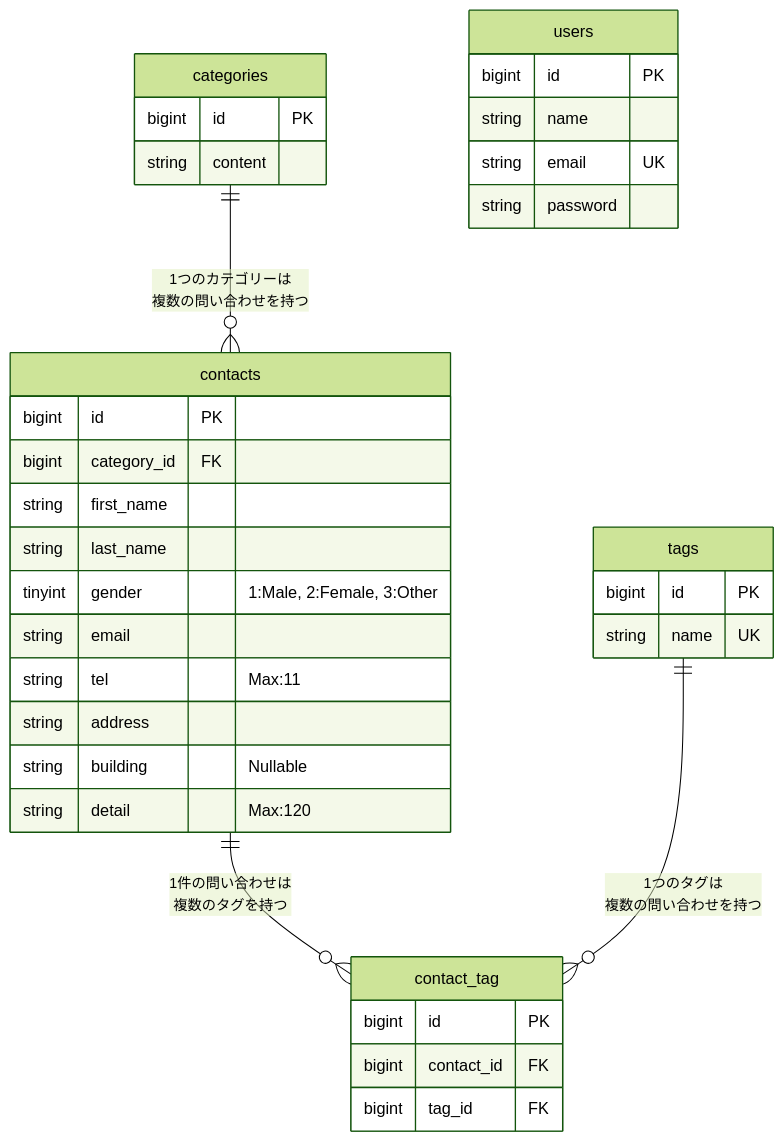
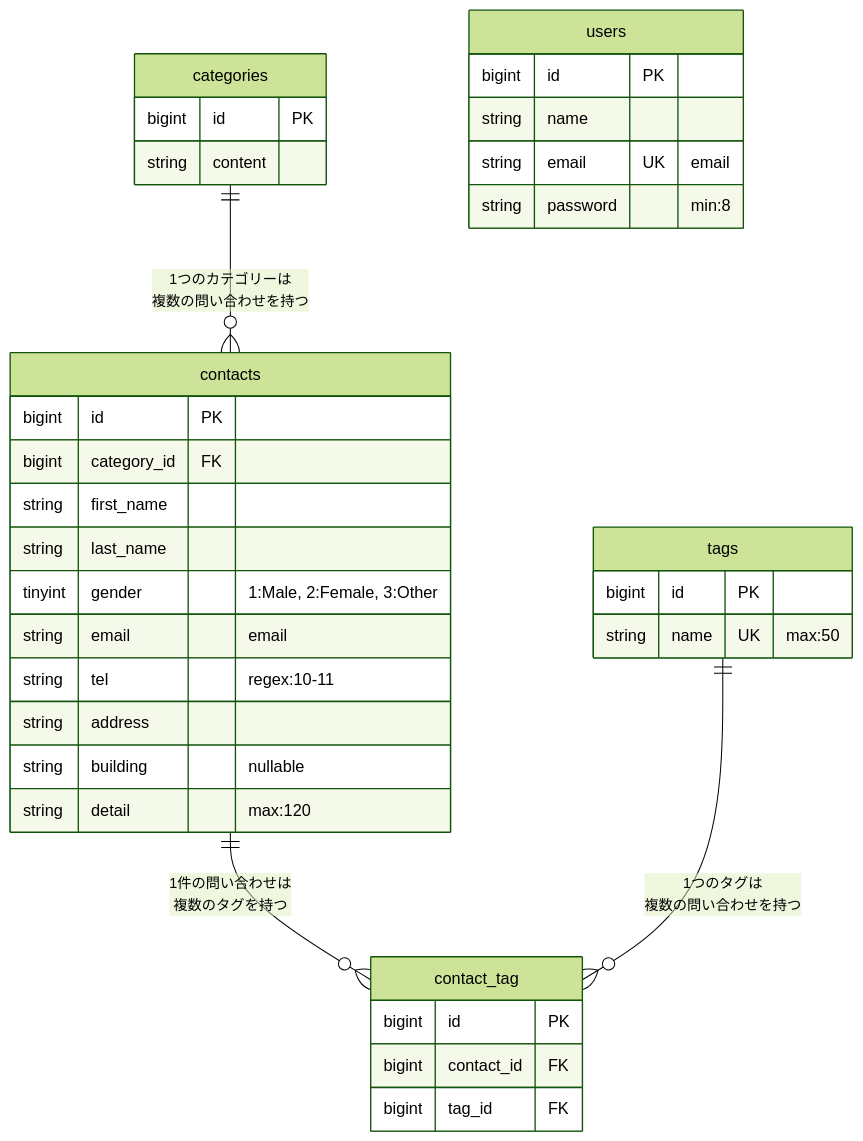
One commit to kazu-hisami2/Review_Test-contact-form-app changed the diagram in README.md. Above: the diagram before and after it, drawn with Mermaid (forest theme). The commit also changed other lines of this file, not shown here.

````diff
--- a/README.md
+++ b/README.md
@@ -1,42 +14,42 @@
 ```mermaid
 erDiagram
     categories ||--o{ contacts : "1つのカテゴリーは<br>複数の問い合わせを持つ"
     contacts ||--o{ contact_tag : "1件の問い合わせは<br>複数のタグを持つ"
     tags ||--o{ contact_tag : "1つのタグは<br>複数の問い合わせを持つ"
 
     categories {
         bigint id PK
         string content
     }
 
     contacts {
         bigint id PK
         bigint category_id FK
         string first_name
         string last_name
         tinyint gender "1:Male, 2:Female, 3:Other"
-        string email
-        string tel "Max:11"
+        string email "email"
+        string tel "regex:10-11"
         string address
-        string building "Nullable"
-        string detail "Max:120"
+        string building "nullable"
+        string detail "max:120"
     }
 
     tags {
         bigint id PK
-        string name UK
+        string name UK "max:50"
     }
 
     contact_tag {
         bigint id PK
         bigint contact_id FK
         bigint tag_id FK
     }
 
     users {
         bigint id PK
         string name
-        string email UK
-        string password
+        string email UK "email"
+        string password "min:8"
     }
 ```
````
